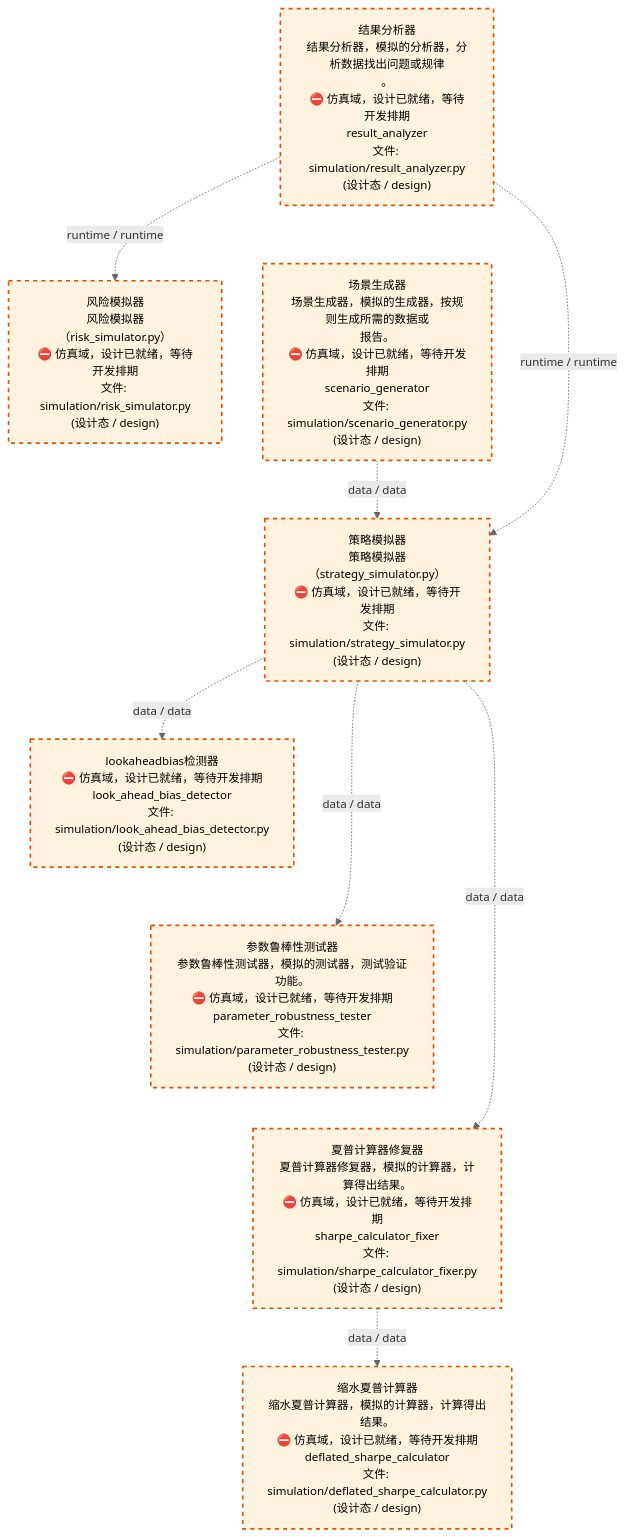
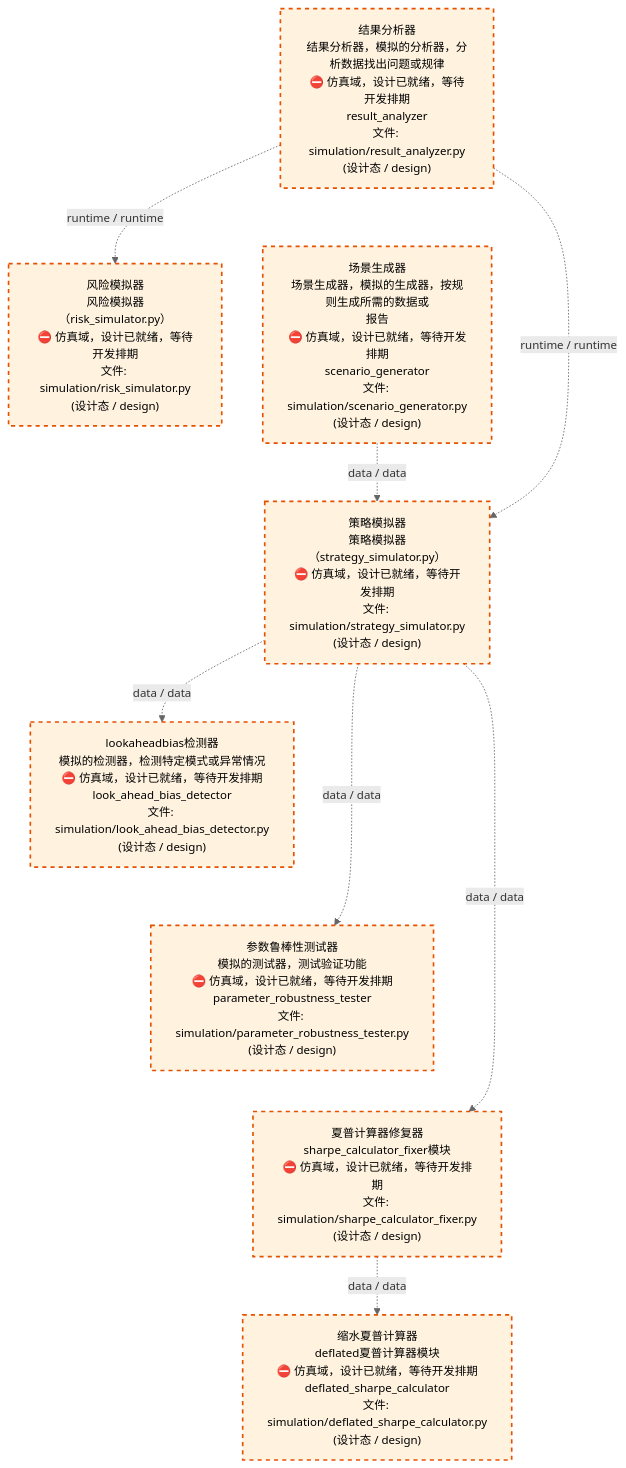
One commit to xuanFelixVan/ZephyrAlpha changed the third of 4 diagrams in docs/02_enterprise_architecture/02_domain_architecture_docs/70_d_simulation.md. Above: the diagram before and after it, drawn with Mermaid. The commit also changed other lines of this file and 62 other files, not shown here.

````diff
--- a/docs/02_enterprise_architecture/02_domain_architecture_docs/70_d_simulation.md
+++ b/docs/02_enterprise_architecture/02_domain_architecture_docs/70_d_simulation.md
@@ -112,28 +112,28 @@
 ```mermaid
 %%{init: {'theme': 'base', 'themeVariables': {'primaryColor': '#eaeaea', 'primaryTextColor': '#333333', 'primaryBorderColor': '#666666', 'lineColor': '#666666', 'secondaryColor': '#eaeaea', 'tertiaryColor': '#eaeaea', 'fontSize': '14px'}}}%%
 flowchart TD
-    src_zephyr_simulation_result_analyzer_py["结果分析器<br/>结果分析器，模拟的分析器，分析数据找出问题或规律<br/>。<br/>⛔ 仿真域，设计已就绪，等待开发排期<br/>result_analyzer<br/>文件: simulation/result_analyzer.py<br/>(设计态 / design)"]
-    src_zephyr_simulation_scenario_generator_py["场景生成器<br/>场景生成器，模拟的生成器，按规则生成所需的数据或<br/>报告。<br/>⛔ 仿真域，设计已就绪，等待开发排期<br/>scenario_generator<br/>文件: simulation/scenario_generator.py<br/>(设计态 / design)"]
+    src_zephyr_simulation_result_analyzer_py["结果分析器<br/>结果分析器，模拟的分析器，分析数据找出问题或规律<br/>⛔ 仿真域，设计已就绪，等待开发排期<br/>result_analyzer<br/>文件: simulation/result_analyzer.py<br/>(设计态 / design)"]
+    src_zephyr_simulation_scenario_generator_py["场景生成器<br/>场景生成器，模拟的生成器，按规则生成所需的数据或<br/>报告<br/>⛔ 仿真域，设计已就绪，等待开发排期<br/>scenario_generator<br/>文件: simulation/scenario_generator.py<br/>(设计态 / design)"]
     src_zephyr_simulation_result_analyzer_py ~~~ src_zephyr_simulation_scenario_generator_py
     src_zephyr_simulation_risk_simulator_py["风险模拟器<br/>风险模拟器（risk_simulator.py）<br/>⛔ 仿真域，设计已就绪，等待开发排期<br/>文件: simulation/risk_simulator.py<br/>(设计态 / design)"]
     src_zephyr_simulation_strategy_simulator_py["策略模拟器<br/>策略模拟器（strategy_simulator.py）<br/>⛔ 仿真域，设计已就绪，等待开发排期<br/>文件: simulation/strategy_simulator.py<br/>(设计态 / design)"]
     src_zephyr_simulation_risk_simulator_py ~~~ src_zephyr_simulation_strategy_simulator_py
-    src_zephyr_simulation_look_ahead_bias_detector_py["lookaheadbias检测器<br/>⛔ 仿真域，设计已就绪，等待开发排期<br/>look_ahead_bias_detector<br/>文件: simulation/look_ahead_bias_detector.py<br/>(设计态 / design)"]
-    src_zephyr_simulation_parameter_robustness_tester_py["参数鲁棒性测试器<br/>参数鲁棒性测试器，模拟的测试器，测试验证功能。<br/>⛔ 仿真域，设计已就绪，等待开发排期<br/>parameter_robustness_tester<br/>文件: simulation/parameter_robustness_tester.py<br/>(设计态 / design)"]
-    src_zephyr_simulation_sharpe_calculator_fixer_py["夏普计算器修复器<br/>夏普计算器修复器，模拟的计算器，计算得出结果。<br/>⛔ 仿真域，设计已就绪，等待开发排期<br/>sharpe_calculator_fixer<br/>文件: simulation/sharpe_calculator_fixer.py<br/>(设计态 / design)"]
+    src_zephyr_simulation_look_ahead_bias_detector_py["lookaheadbias检测器<br/>模拟的检测器，检测特定模式或异常情况<br/>⛔ 仿真域，设计已就绪，等待开发排期<br/>look_ahead_bias_detector<br/>文件: simulation/look_ahead_bias_detector.py<br/>(设计态 / design)"]
+    src_zephyr_simulation_parameter_robustness_tester_py["参数鲁棒性测试器<br/>模拟的测试器，测试验证功能<br/>⛔ 仿真域，设计已就绪，等待开发排期<br/>parameter_robustness_tester<br/>文件: simulation/parameter_robustness_tester.py<br/>(设计态 / design)"]
+    src_zephyr_simulation_sharpe_calculator_fixer_py["夏普计算器修复器<br/>sharpe_calculator_fixer模块<br/>⛔ 仿真域，设计已就绪，等待开发排期<br/>文件: simulation/sharpe_calculator_fixer.py<br/>(设计态 / design)"]
     src_zephyr_simulation_look_ahead_bias_detector_py ~~~ src_zephyr_simulation_parameter_robustness_tester_py
     src_zephyr_simulation_parameter_robustness_tester_py ~~~ src_zephyr_simulation_sharpe_calculator_fixer_py
-    src_zephyr_simulation_deflated_sharpe_calculator_py["缩水夏普计算器<br/>缩水夏普计算器，模拟的计算器，计算得出结果。<br/>⛔ 仿真域，设计已就绪，等待开发排期<br/>deflated_sharpe_calculator<br/>文件: simulation/deflated_sharpe_calculator.py<br/>(设计态 / design)"]
+    src_zephyr_simulation_deflated_sharpe_calculator_py["缩水夏普计算器<br/>deflated夏普计算器模块<br/>⛔ 仿真域，设计已就绪，等待开发排期<br/>deflated_sharpe_calculator<br/>文件: simulation/deflated_sharpe_calculator.py<br/>(设计态 / design)"]
     src_zephyr_simulation_strategy_simulator_py -.->|data / data| src_zephyr_simulation_parameter_robustness_tester_py
     src_zephyr_simulation_strategy_simulator_py -.->|data / data| src_zephyr_simulation_look_ahead_bias_detector_py
     src_zephyr_simulation_strategy_simulator_py -.->|data / data| src_zephyr_simulation_sharpe_calculator_fixer_py
     src_zephyr_simulation_scenario_generator_py -.->|data / data| src_zephyr_simulation_strategy_simulator_py
     src_zephyr_simulation_result_analyzer_py -.->|runtime / runtime| src_zephyr_simulation_strategy_simulator_py
     src_zephyr_simulation_result_analyzer_py -.->|runtime / runtime| src_zephyr_simulation_risk_simulator_py
     src_zephyr_simulation_sharpe_calculator_fixer_py -.->|data / data| src_zephyr_simulation_deflated_sharpe_calculator_py
     classDef production fill:#e1f5fe,stroke:#01579b,stroke-width:2px,color:#000
     classDef design fill:#fff3e0,stroke:#e65100,stroke-width:2px,color:#000,stroke-dasharray: 5 5
     classDef external_prod fill:#e8f4fd,stroke:#0277bd,stroke-width:1px,color:#000
     classDef external_design fill:#fff8e7,stroke:#ef6c00,stroke-width:1px,color:#000,stroke-dasharray: 5 5
     class src_zephyr_simulation_deflated_sharpe_calculator_py,src_zephyr_simulation_look_ahead_bias_detector_py,src_zephyr_simulation_parameter_robustness_tester_py,src_zephyr_simulation_result_analyzer_py,src_zephyr_simulation_risk_simulator_py,src_zephyr_simulation_scenario_generator_py,src_zephyr_simulation_sharpe_calculator_fixer_py,src_zephyr_simulation_strategy_simulator_py design
 ```
````
